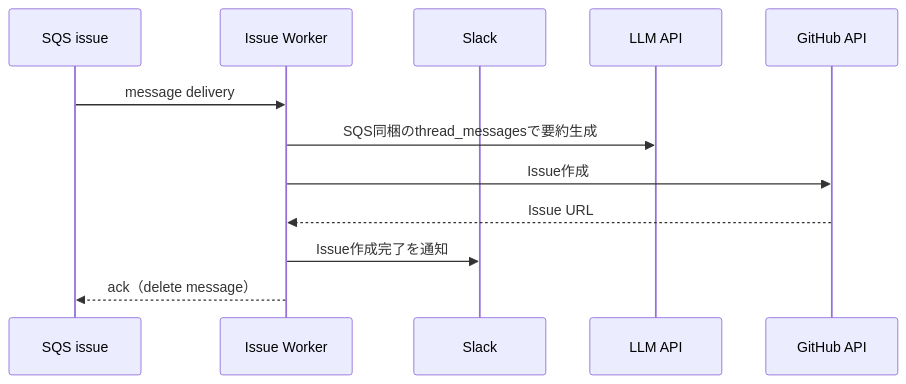
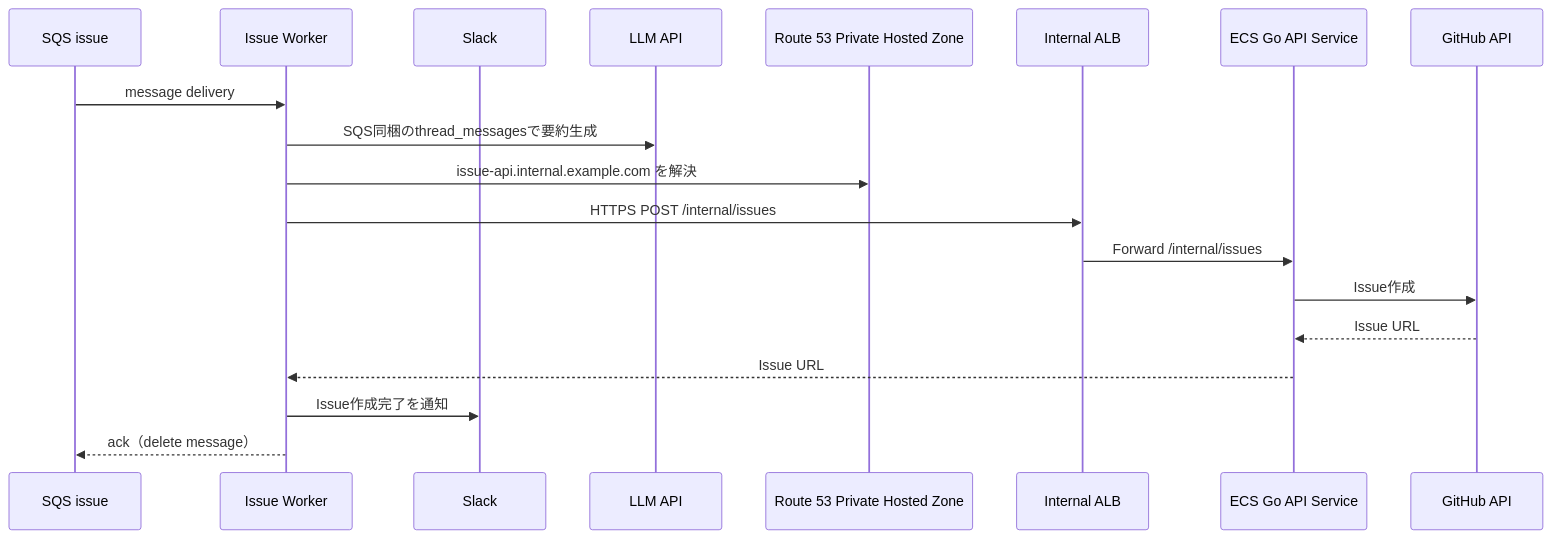
Before and after one commit to Asheze1127/progress-checker: the eighth of 10 diagrams in docs/details/process-flow.md, drawn with Mermaid. The commit also changed other lines of this file and 1 other file, not shown here.

Commit message:
add zone A/B

````diff
--- a/docs/details/process-flow.md
+++ b/docs/details/process-flow.md
@@ -202,15 +202,22 @@
 ```mermaid
 sequenceDiagram
     participant SQSI as SQS issue
     participant W as Issue Worker
     participant Slack as Slack
     participant LLM as LLM API
+    participant DNS as Route 53 Private Hosted Zone
+    participant IALB as Internal ALB
+    participant API as ECS Go API Service
     participant GH as GitHub API
 
     SQSI->>W: message delivery
     W->>LLM: SQS同梱のthread_messagesで要約生成
-    W->>GH: Issue作成
-    GH-->>W: Issue URL
+    W->>DNS: issue-api.internal.example.com を解決
+    W->>IALB: HTTPS POST /internal/issues
+    IALB->>API: Forward /internal/issues
+    API->>GH: Issue作成
+    GH-->>API: Issue URL
+    API-->>W: Issue URL
     W->>Slack: Issue作成完了を通知
     W-->>SQSI: ack（delete message）
 ```
````
